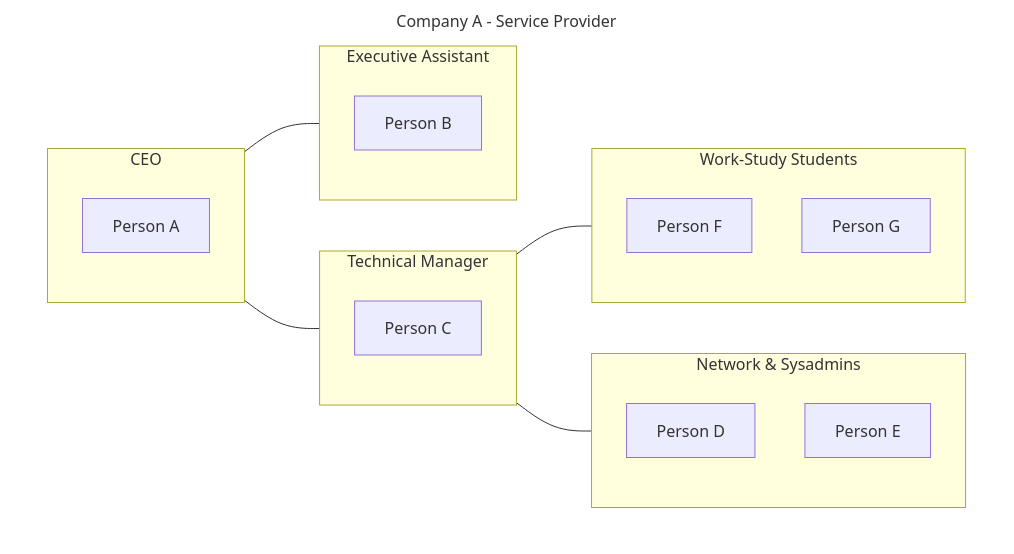
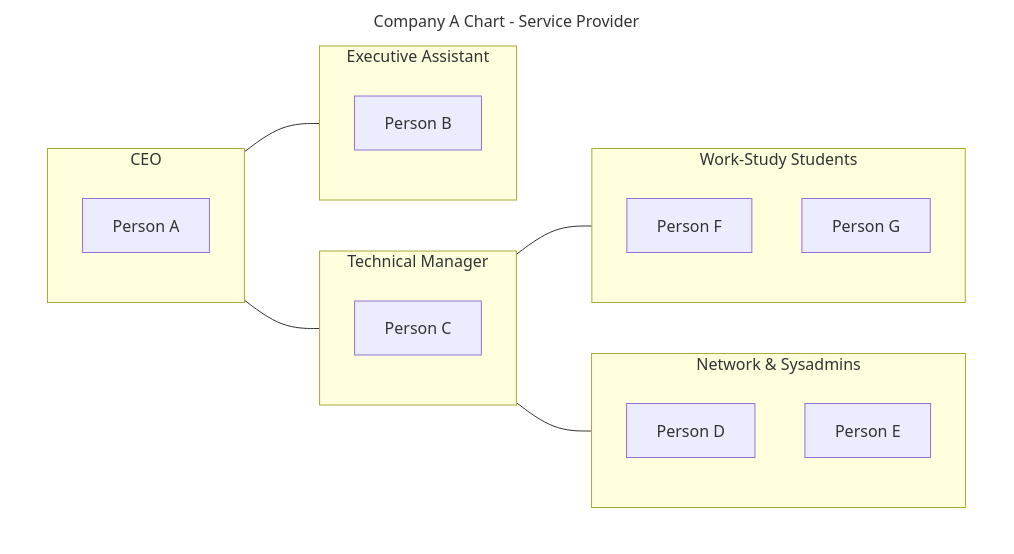
Before and after one commit to xeylou/testade.xeylou.fr: the seventh of 9 diagrams in content/posts/itop-walkthrough/index.md, drawn with Mermaid. The commit also changed other lines of this file and 59 other files, not shown here.

```diff
--- a/content/posts/itop-walkthrough/index.md
+++ b/content/posts/itop-walkthrough/index.md
@@ -268,28 +268,28 @@
 {{< mermaid >}}
 %%{init: {"flowchart": {"htmlLabels": false}} }%%
 flowchart TD
-subgraph z[Company A - Service Provider]
+subgraph z[Company A Chart - Service Provider]
 subgraph m[CEO]
 a[Person A]
 end
 subgraph h[Executive Assistant]
 b[Person B]
 end
 subgraph i[Technical Manager]
 c[Person C]
 end
 subgraph j[Network & Sysadmins]
 d[Person D]
 e[Person E]
 end
 subgraph k[Work-Study Students]
 f[Person F]
 g[Person G]
 end
 end
 m---h
 m---i
 i---j
 i---k
 style z fill:#fff,stroke:#fff,stroke-width:4px
 {{< /mermaid >}}
```
